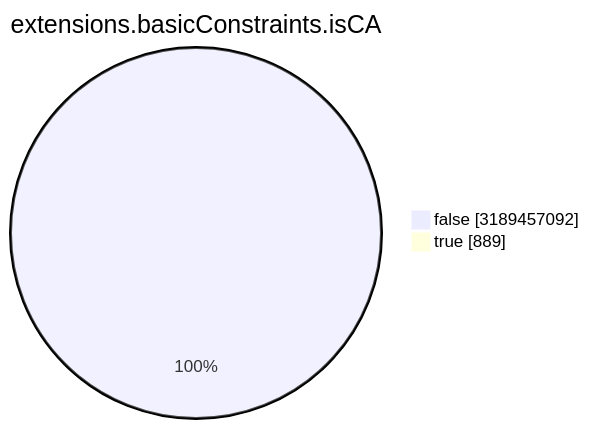
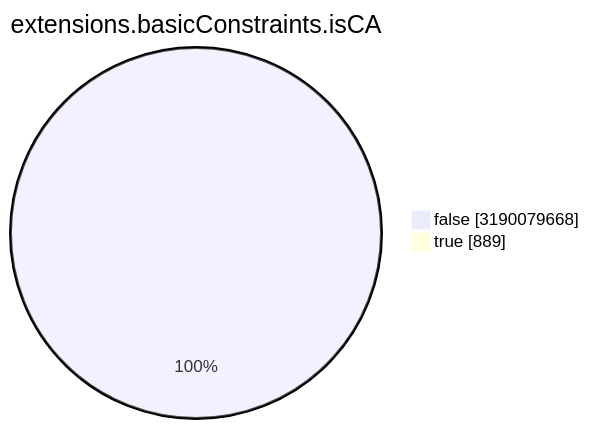
One commit to christiankrug/ctmonitor_visualization changed the seventh of 15 diagrams in TOTAL/README.md. Above: the diagram before and after it, drawn with Mermaid. The commit also changed other lines of this file, not shown here.

````diff
--- a/TOTAL/README.md
+++ b/TOTAL/README.md
@@ -3088,6 +3088,6 @@
 ```mermaid
 pie showData
 title extensions.basicConstraints.isCA
-"false" :3189457092
+"false" :3190079668
 "true" :889
 ```
````
